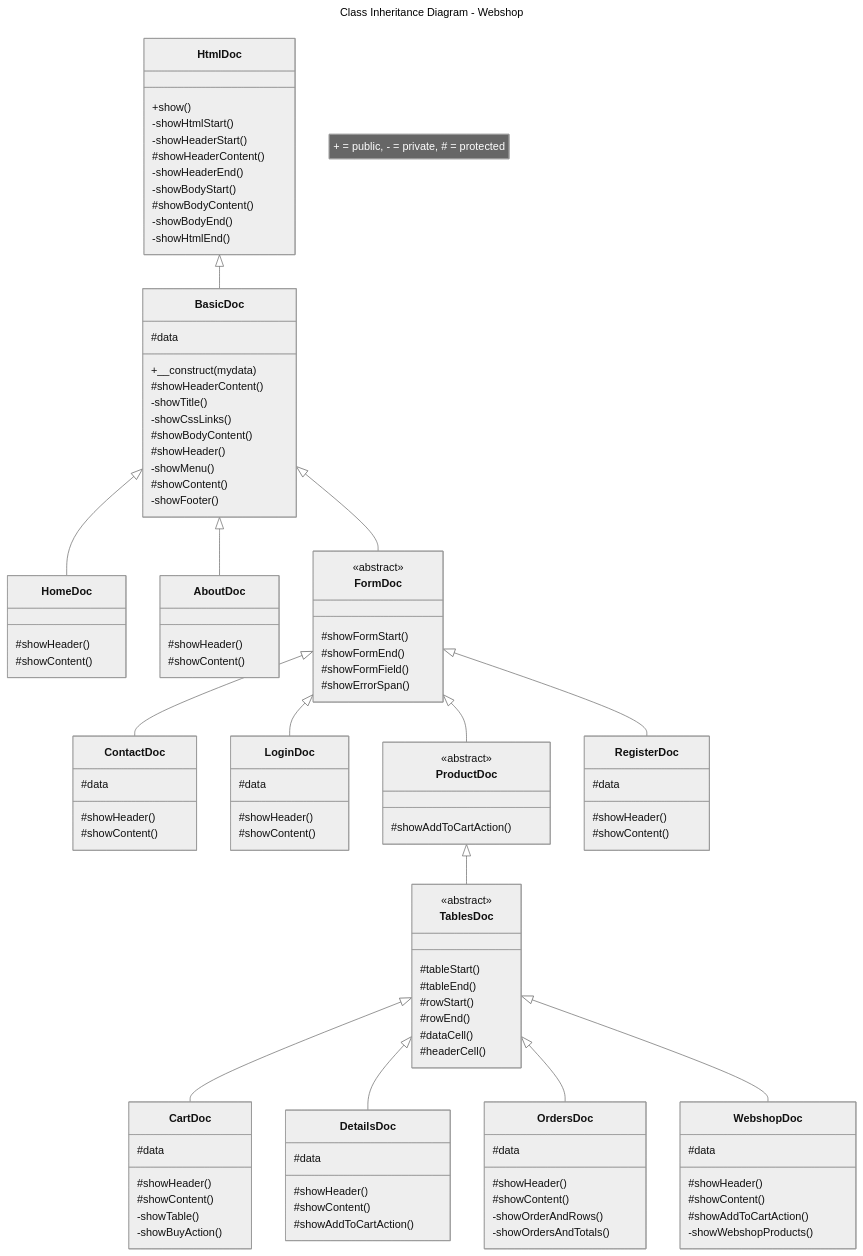
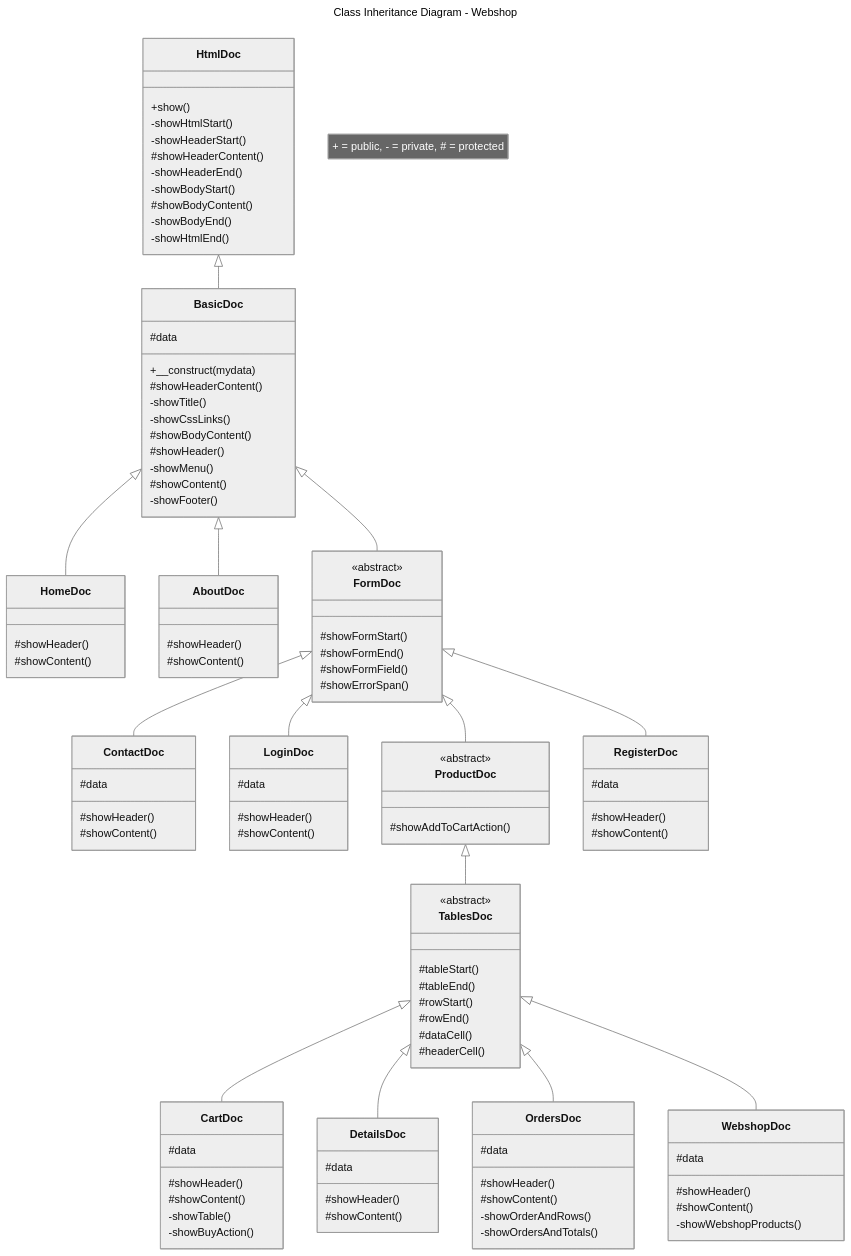
Before and after one commit to JeroenHeemskerk/educom-webshop-oop-1698314754: the diagram in Diagrams/class-inheritance-diagram-webshop.md, drawn with Mermaid (neutral theme).

Commit message:
Functies weggehaald die niet ge-override worden

```diff
--- a/Diagrams/class-inheritance-diagram-webshop.md
+++ b/Diagrams/class-inheritance-diagram-webshop.md
@@ -108,13 +108,11 @@
         #data
         #showHeader()
         #showContent()
-        #showAddToCartAction()
     }
     class WebshopDoc{
         #data
         #showHeader()
         #showContent()
-        #showAddToCartAction()
         -showWebshopProducts()
     }
 
```
